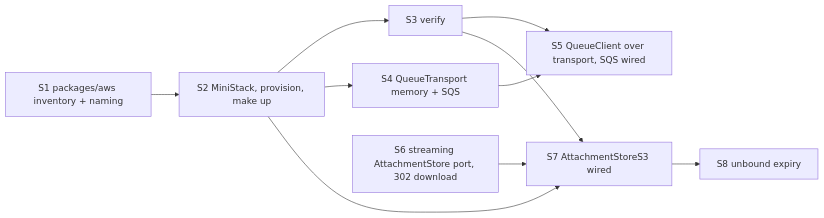
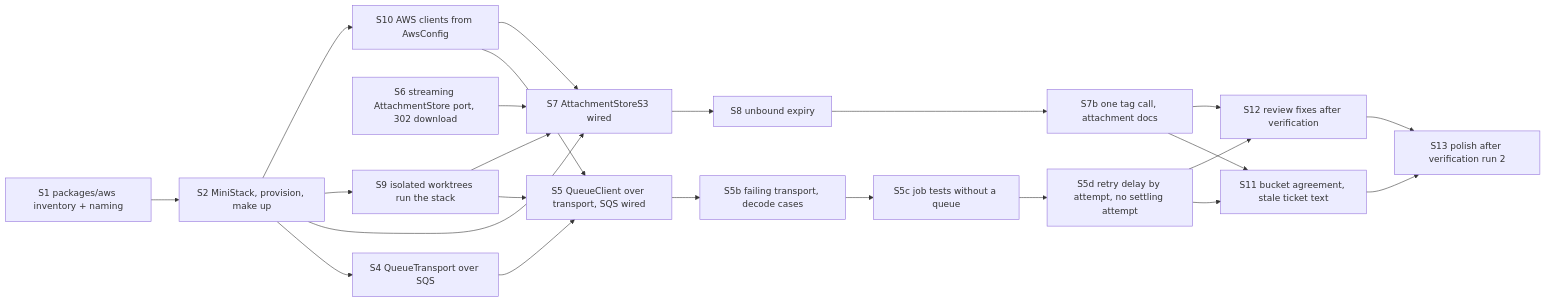
The diagram in docs/tickets/2026-10-19-1448_aws-local/plan.md (khotei/app-template), drawn with Mermaid before and after one commit. The commit also changed other lines of this file and 103 other files, not shown here.

First line of the commit message:
:sparkles: feat(aws-local): Attachments in S3 and jobs on SQS via MiniStack

````diff
--- a/docs/tickets/2026-10-19-1448_aws-local/plan.md
+++ b/docs/tickets/2026-10-19-1448_aws-local/plan.md
@@ -32,13 +32,26 @@
 ```mermaid
 graph LR
   S1[S1 packages/aws inventory + naming] --> S2[S2 MiniStack, provision, make up]
-  S2 --> S3[S3 verify]
-  S2 --> S4[S4 QueueTransport memory + SQS]
-  S3 --> S5[S5 QueueClient over transport, SQS wired]
-  S4 --> S5
+  S2 --> S4[S4 QueueTransport over SQS]
+  S4 --> S5[S5 QueueClient over transport, SQS wired]
+  S5 --> S5b[S5b failing transport, decode cases]
+  S5b --> S5c[S5c job tests without a queue]
+  S5c --> S5d[S5d retry delay by attempt, no settling attempt]
   S6[S6 streaming AttachmentStore port, 302 download]
   S2 --> S7[S7 AttachmentStoreS3 wired]
-  S3 --> S7
   S6 --> S7
   S7 --> S8[S8 unbound expiry]
+  S8 --> S7b[S7b one tag call, attachment docs]
+  S5d --> S11[S11 bucket agreement, stale ticket text]
+  S7b --> S11
+  S5d --> S12[S12 review fixes after verification]
+  S7b --> S12
+  S11 --> S13[S13 polish after verification run 2]
+  S12 --> S13
+  S2 --> S9[S9 isolated worktrees run the stack]
+  S2 --> S10[S10 AWS clients from AwsConfig]
+  S9 --> S5
+  S9 --> S7
+  S10 --> S5
+  S10 --> S7
 ```
````
